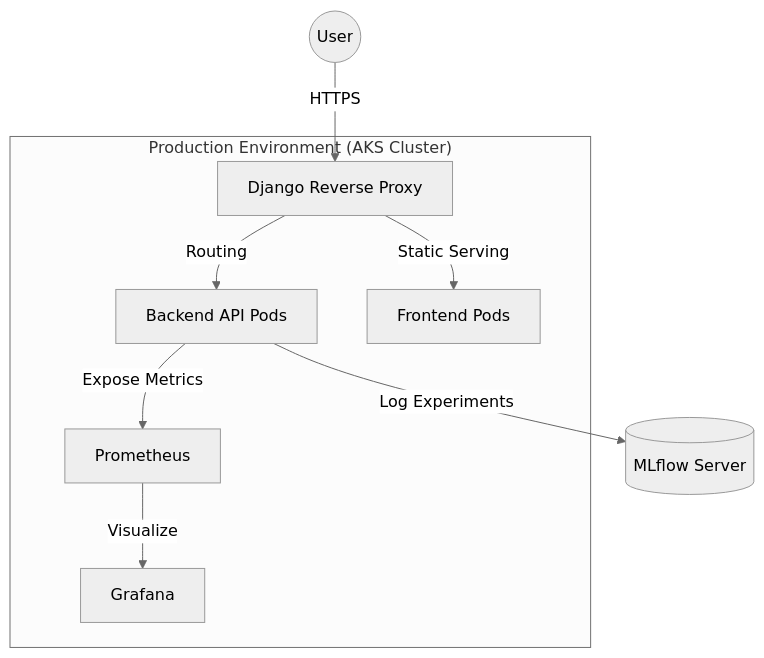
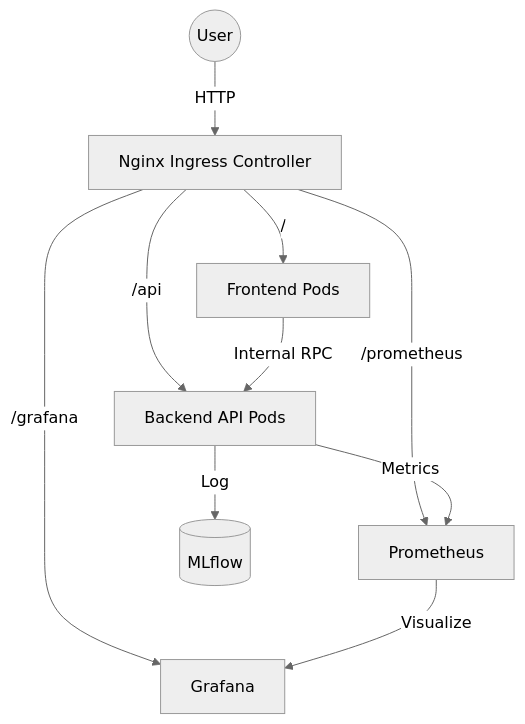
One commit to 2024ab05112/heart-disease-app changed the diagram in docs/Project_Report.md. Above: the diagram before and after it, drawn with Mermaid (neutral theme). The commit also changed other lines of this file and 6 other files, not shown here.

Commit message:
Documentation: Comprehensive update of Wiki and Reports for Ingress-based architecture

````diff
--- a/docs/Project_Report.md
+++ b/docs/Project_Report.md
@@ -19,17 +20,13 @@
 ```mermaid
 graph TD
-    User((User)) -->|HTTPS| Proxy[Django Reverse Proxy]
-    Proxy -->|Routing| Backend[Backend API Pods]
-    Proxy -->|Static Serving| Frontend[Frontend Pods]
-    Backend -->|Log Experiments| MLflow[(MLflow Server)]
-    Backend -->|Expose Metrics| Prometheus[Prometheus]
-    Prometheus -->|Visualize| Grafana[Grafana]
+    User((User)) -->|HTTP| Ingress[Nginx Ingress Controller]
+    Ingress -->|/| Frontend[Frontend Pods]
+    Ingress -->|/api| Backend[Backend API Pods]
+    Ingress -->|/grafana| Grafana[Grafana]
+    Ingress -->|/prometheus| Prometheus[Prometheus]
     
-    subgraph "Production Environment (AKS Cluster)"
-    Proxy
-    Backend
-    Frontend
-    Prometheus
-    Grafana
-    end
+    Frontend -->|Internal RPC| Backend
+    Backend -->|Log| MLflow[(MLflow)]
+    Backend -->|Metrics| Prometheus
+    Prometheus -->|Visualize| Grafana
 ```
````
